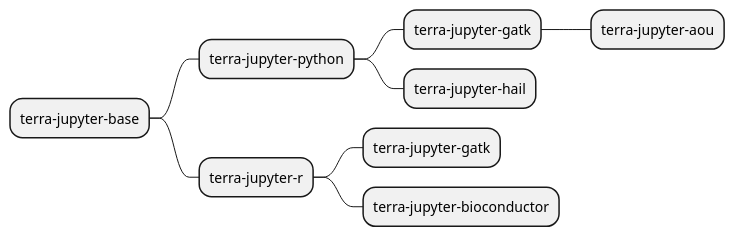
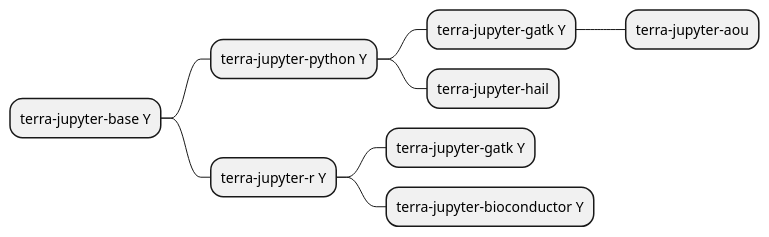
One commit to DataBiosphere/terra-docker changed the diagram in mind.puml. Above: the diagram before and after it, drawn with PlantUML. The commit also changed 2 other files, not shown here.

```diff
--- a/mind.puml
+++ b/mind.puml
@@ -1,10 +1,10 @@
 @startmindmap
-* terra-jupyter-base
-** terra-jupyter-python
-*** terra-jupyter-gatk
+* terra-jupyter-base Y
+** terra-jupyter-python Y
+*** terra-jupyter-gatk Y
 **** terra-jupyter-aou
 *** terra-jupyter-hail
-** terra-jupyter-r
-*** terra-jupyter-gatk
-*** terra-jupyter-bioconductor
+** terra-jupyter-r Y
+*** terra-jupyter-gatk Y
+*** terra-jupyter-bioconductor Y
 @endmindmap
```
